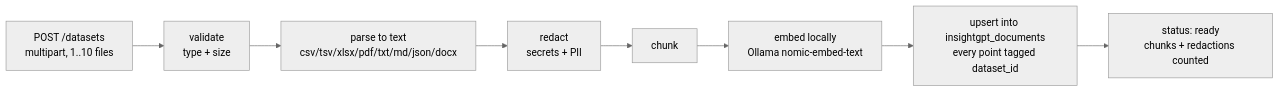
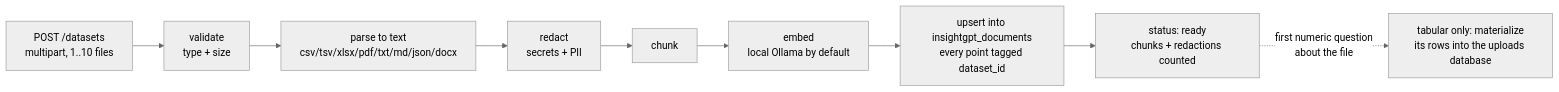
The second of 2 diagrams in docs/03-ingestion-etl.md (umesh-404/insight-gpt), drawn with Mermaid (neutral theme) before and after one commit. The commit also changed other lines of this file and 58 other files, not shown here.

````diff
--- a/docs/03-ingestion-etl.md
+++ b/docs/03-ingestion-etl.md
@@ -328,10 +328,11 @@
 ```mermaid
 graph LR
     UP["POST /datasets<br/>multipart, 1..10 files"] --> VAL["validate<br/>type + size"]
     VAL --> PARSE["parse to text<br/>csv/tsv/xlsx/pdf/txt/md/json/docx"]
     PARSE --> RED["redact<br/>secrets + PII"]
     RED --> CHUNK["chunk"]
-    CHUNK --> EMB["embed locally<br/>Ollama nomic-embed-text"]
+    CHUNK --> EMB["embed<br/>local Ollama by default"]
     EMB --> UPS["upsert into insightgpt_documents<br/>every point tagged dataset_id"]
     UPS --> READY["status: ready<br/>chunks + redactions counted"]
+    READY -.->|"first numeric question<br/>about the file"| TBL["tabular only: materialize<br/>its rows into the uploads database"]
 ```
````
